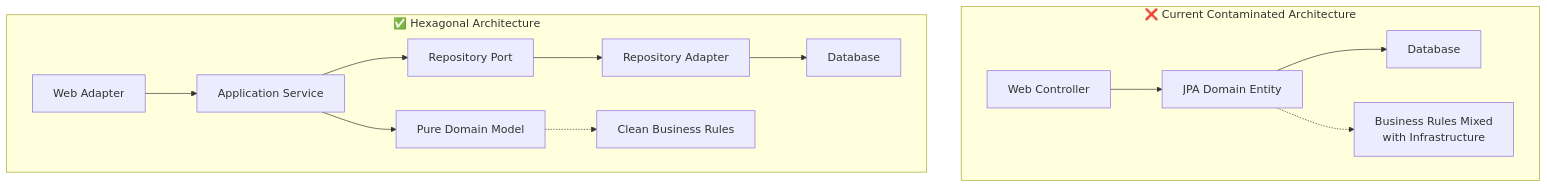
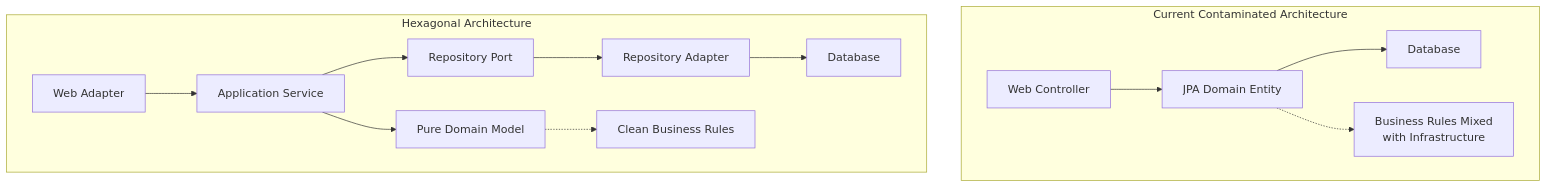
One commit to COPUR/enterprise-loan-management-system changed the diagram in ARCHITECTURAL_DECISIONS_EXPLANATION.md. Above: the diagram before and after it, drawn with Mermaid. The commit also changed other lines of this file and 40 other files, not shown here.

````diff
--- a/ARCHITECTURAL_DECISIONS_EXPLANATION.md
+++ b/ARCHITECTURAL_DECISIONS_EXPLANATION.md
@@ -61,17 +61,17 @@
 ```mermaid
 graph TB
-    subgraph "❌ Current Contaminated Architecture"
+    subgraph " Current Contaminated Architecture"
         A1[Web Controller] --> B1[JPA Domain Entity]
         B1 --> C1[Database]
         B1 -.-> D1[Business Rules Mixed<br/>with Infrastructure]
     end
     
-    subgraph "✅ Hexagonal Architecture"
+    subgraph " Hexagonal Architecture"
         A2[Web Adapter] --> B2[Application Service]
         B2 --> C2[Pure Domain Model]
         B2 --> D2[Repository Port]
         D2 --> E2[Repository Adapter]
         E2 --> F2[Database]
         C2 -.-> G2[Clean Business Rules]
     end
 ```
````
